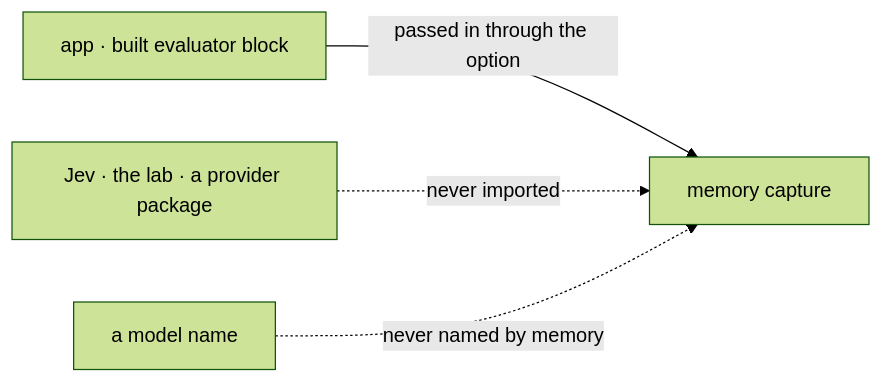
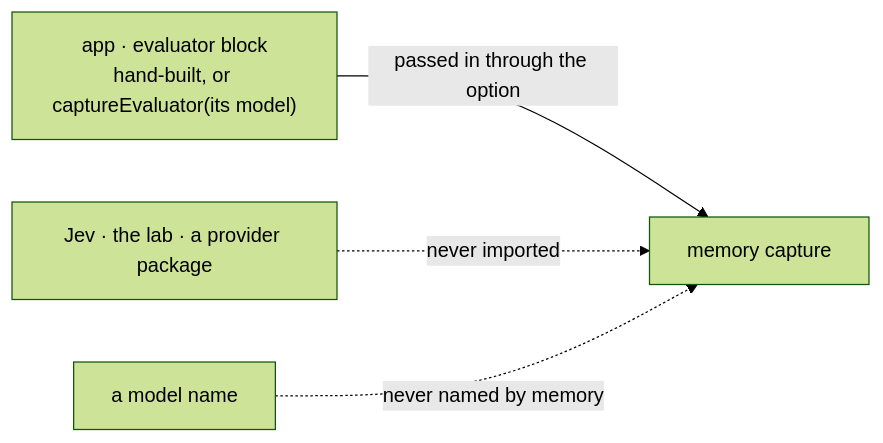
Before and after one commit to fixpoint-labs/flow-state-dev: the diagram in specs/issues/FIX-1555/BUSINESS-RULES.md, drawn with Mermaid (forest theme). The commit also changed other lines of this file and 4 other files, not shown here.

````diff
--- a/specs/issues/FIX-1555/BUSINESS-RULES.md
+++ b/specs/issues/FIX-1555/BUSINESS-RULES.md
@@ -32,6 +33,6 @@
 ```mermaid
 flowchart LR
-  A["app · built evaluator block"] -->|"passed in through the option"| M["memory capture"]
+  A["app · evaluator block<br/>hand-built, or captureEvaluator(its model)"] -->|"passed in through the option"| M["memory capture"]
   J["Jev · the lab · a provider package"] -.->|"never imported"| M
   N["a model name"] -.->|"never named by memory"| M
 ```
````
